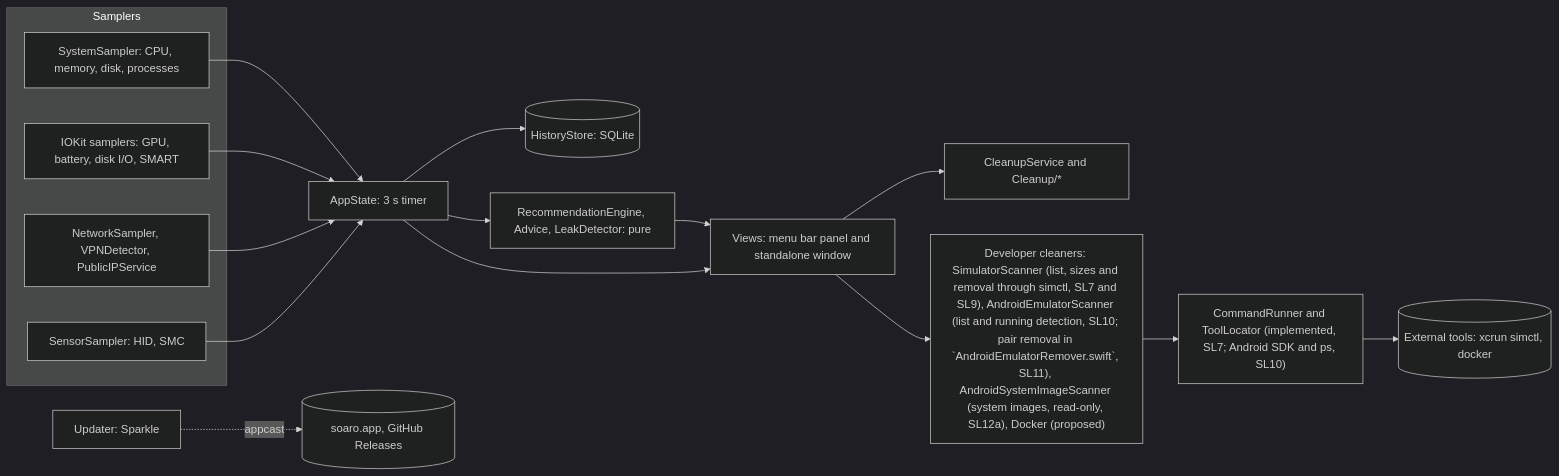
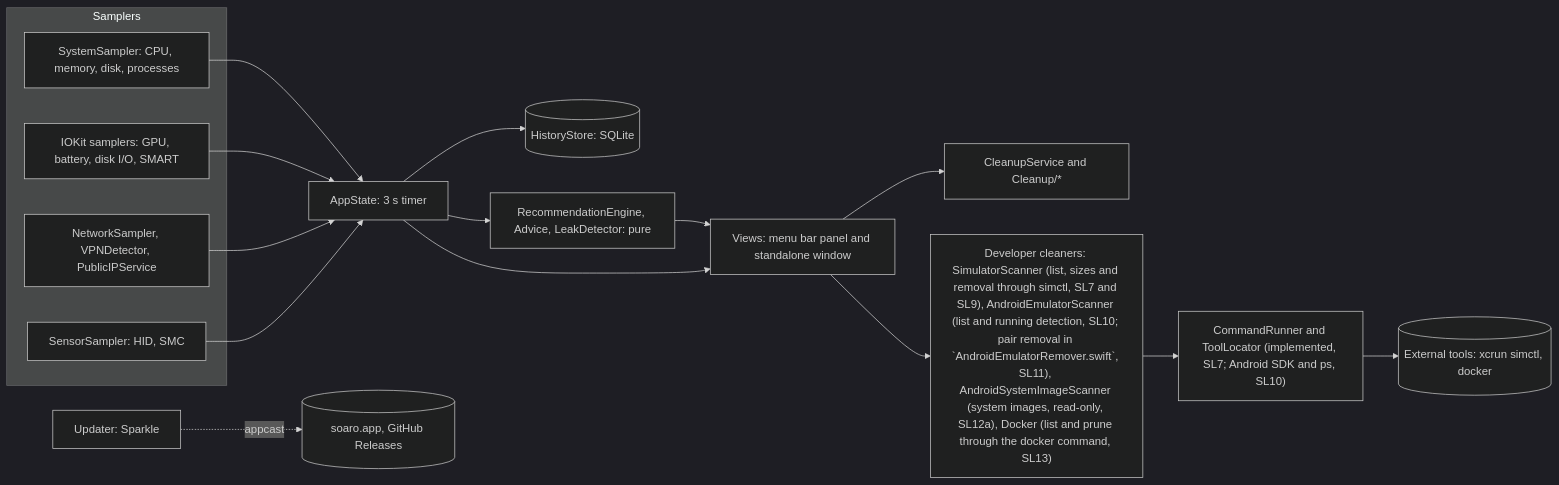
The diagram in ARCHITECTURE.md (sebmafate/soaro), drawn with Mermaid (dark theme) before and after one commit. The commit also changed other lines of this file and 6 other files, not shown here.

Commit message:
SL13 T8 : documents (PLAN, STATUS, CHANGELOG, TESTING, ARCHITECTURE, DESIGN, docs/architecture) : tranche Docker faite (R10, R11)

````diff
--- a/ARCHITECTURE.md
+++ b/ARCHITECTURE.md
@@ -33,31 +33,31 @@
 ```mermaid
 flowchart LR
   subgraph Samplers
     SS[SystemSampler: CPU, memory, disk, processes]
     IO[IOKit samplers: GPU, battery, disk I/O, SMART]
     NS[NetworkSampler, VPNDetector, PublicIPService]
     SE[SensorSampler: HID, SMC]
   end
   AS[AppState: 3 s timer]
   HS[(HistoryStore: SQLite)]
   RE[RecommendationEngine, Advice, LeakDetector: pure]
   UI[Views: menu bar panel and standalone window]
   CL[CleanupService and Cleanup/*]
-  DC["Developer cleaners: SimulatorScanner (list, sizes and removal through simctl, SL7 and SL9), AndroidEmulatorScanner (list and running detection, SL10; pair removal in `AndroidEmulatorRemover.swift`, SL11), AndroidSystemImageScanner (system images, read-only, SL12a), Docker (proposed)"]
+  DC["Developer cleaners: SimulatorScanner (list, sizes and removal through simctl, SL7 and SL9), AndroidEmulatorScanner (list and running detection, SL10; pair removal in `AndroidEmulatorRemover.swift`, SL11), AndroidSystemImageScanner (system images, read-only, SL12a), Docker (list and prune through the docker command, SL13)"]
   CR["CommandRunner and ToolLocator (implemented, SL7; Android SDK and ps, SL10)"]
   EXT[("External tools: xcrun simctl, docker")]
   UP[Updater: Sparkle]
   SS --> AS
   IO --> AS
   NS --> AS
   SE --> AS
   AS --> HS
   AS --> RE
   RE --> UI
   AS --> UI
   UI --> CL
   UI --> DC
   DC --> CR
   CR --> EXT
   UP -. appcast .-> W[(soaro.app, GitHub Releases)]
 ```
````
